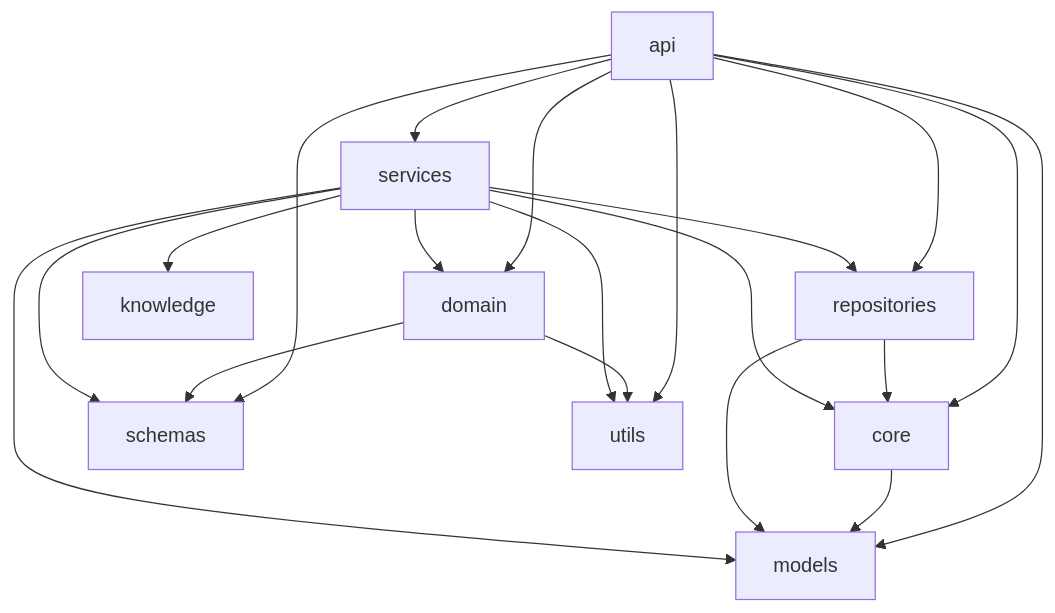
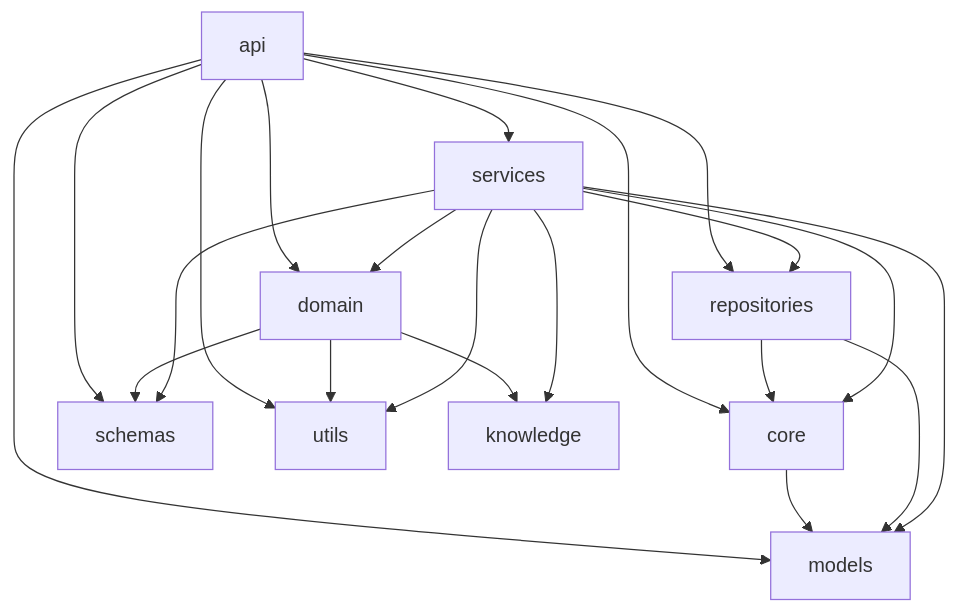
The diagram in backend/docs/ARCHITECTURE.md (chams-eddine/predaiot-platform), drawn with Mermaid before and after one commit. The commit also changed other lines of this file and 8 other files, not shown here.

````diff
--- a/backend/docs/ARCHITECTURE.md
+++ b/backend/docs/ARCHITECTURE.md
@@ -7,22 +7,23 @@
 ```mermaid
 graph TD
     api --> core
     api --> domain
     api --> models
     api --> repositories
     api --> schemas
     api --> services
     api --> utils
     core --> models
+    domain --> knowledge
     domain --> schemas
     domain --> utils
     repositories --> core
     repositories --> models
     services --> core
     services --> domain
     services --> knowledge
     services --> models
     services --> repositories
     services --> schemas
     services --> utils
 ```
````
